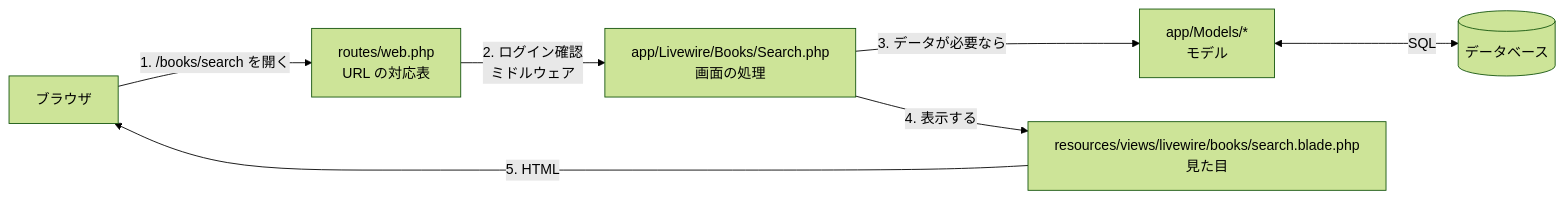
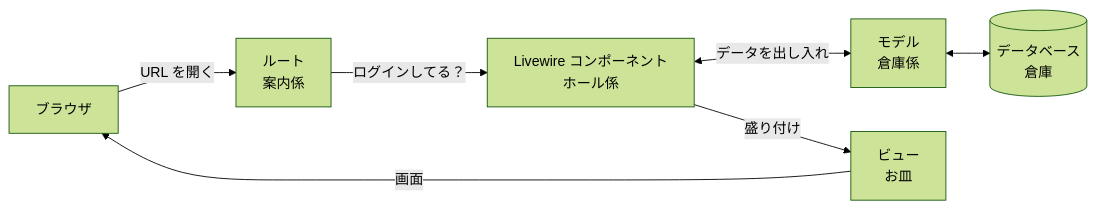
The diagram in docs/laravel-guide.md (y-suzuki-hub/laravel-app), drawn with Mermaid (forest theme) before and after one commit. The commit also changed other lines of this file, not shown here.

````diff
--- a/docs/laravel-guide.md
+++ b/docs/laravel-guide.md
@@ -44,9 +39,9 @@
 ```mermaid
 flowchart LR
-    B[ブラウザ] -->|1. /books/search を開く| R[routes/web.php<br/>URL の対応表]
-    R -->|2. ログイン確認<br/>ミドルウェア| C[app/Livewire/Books/Search.php<br/>画面の処理]
-    C -->|3. データが必要なら| M[app/Models/*<br/>モデル]
-    M <-->|SQL| DB[(データベース)]
-    C -->|4. 表示する| V[resources/views/livewire/books/search.blade.php<br/>見た目]
-    V -->|5. HTML| B
+    B[ブラウザ] -->|URL を開く| R[ルート<br/>案内係]
+    R -->|ログインしてる？| C[Livewire コンポーネント<br/>ホール係]
+    C <-->|データを出し入れ| M[モデル<br/>倉庫係]
+    M <--> DB[(データベース<br/>倉庫)]
+    C -->|盛り付け| V[ビュー<br/>お皿]
+    V -->|画面| B
 ```
````
